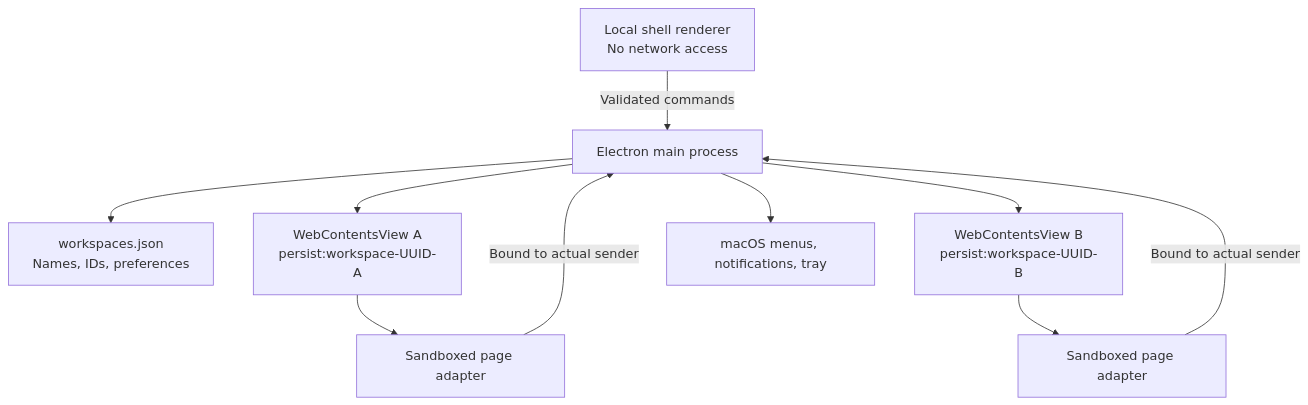
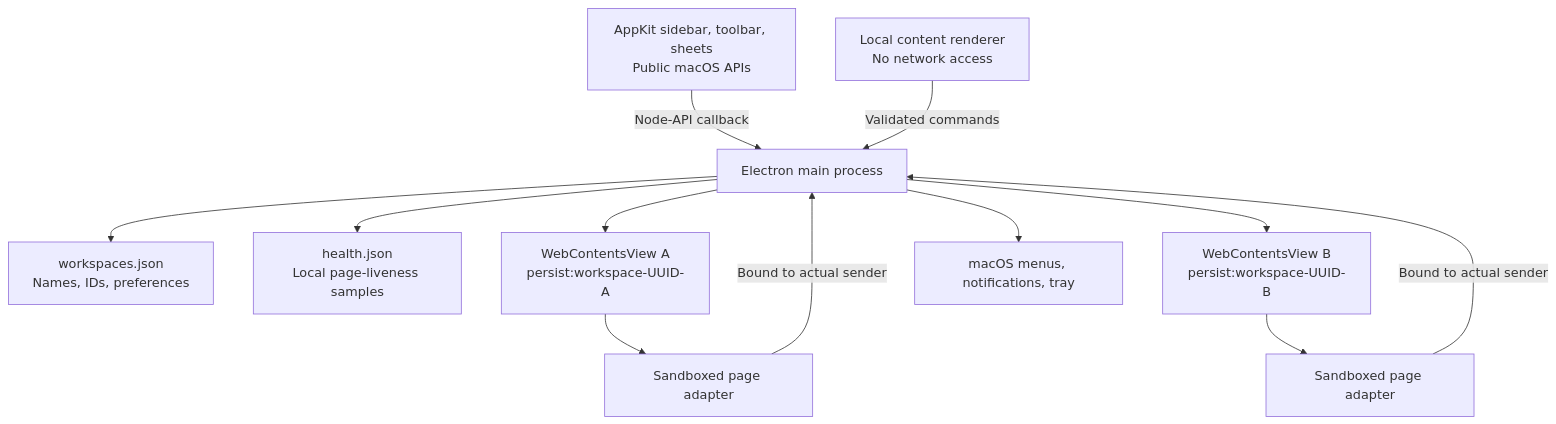
Before and after one commit to ozeitis/quo-switchboard: the first of 2 diagrams in docs/architecture.md, drawn with Mermaid. The commit also changed other lines of this file and 22 other files, not shown here.

````diff
--- a/docs/architecture.md
+++ b/docs/architecture.md
@@ -7,12 +7,14 @@
 ```mermaid
 flowchart TB
-  Shell[Local shell renderer\nNo network access] -->|Validated commands| Main[Electron main process]
+  Native[AppKit sidebar, toolbar, sheets\nPublic macOS APIs] -->|Node-API callback| Main[Electron main process]
+  Shell[Local content renderer\nNo network access] -->|Validated commands| Main
   Main --> Store[workspaces.json\nNames, IDs, preferences]
+  Main --> Health[health.json\nLocal page-liveness samples]
   Main --> A[WebContentsView A\npersist:workspace-UUID-A]
   Main --> B[WebContentsView B\npersist:workspace-UUID-B]
   A --> PA[Sandboxed page adapter]
   B --> PB[Sandboxed page adapter]
   PA -->|Bound to actual sender| Main
   PB -->|Bound to actual sender| Main
   Main --> OS[macOS menus, notifications, tray]
 ```
````
